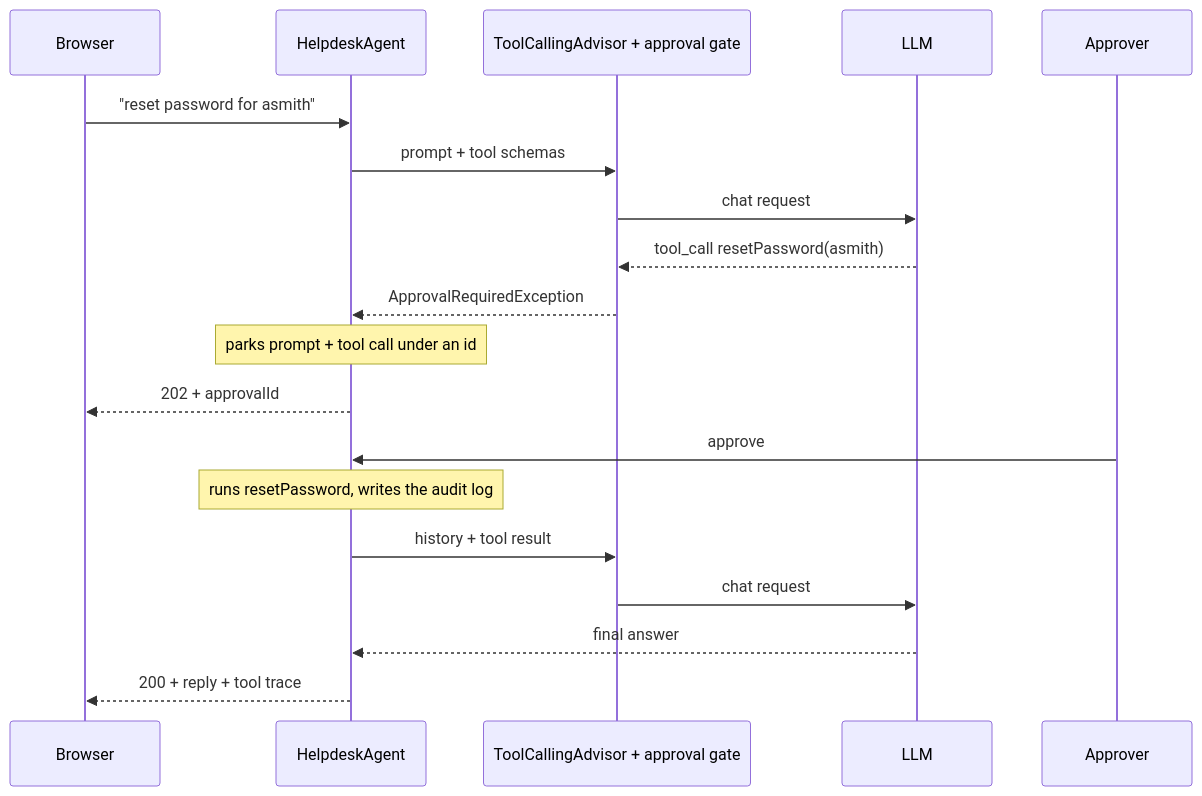
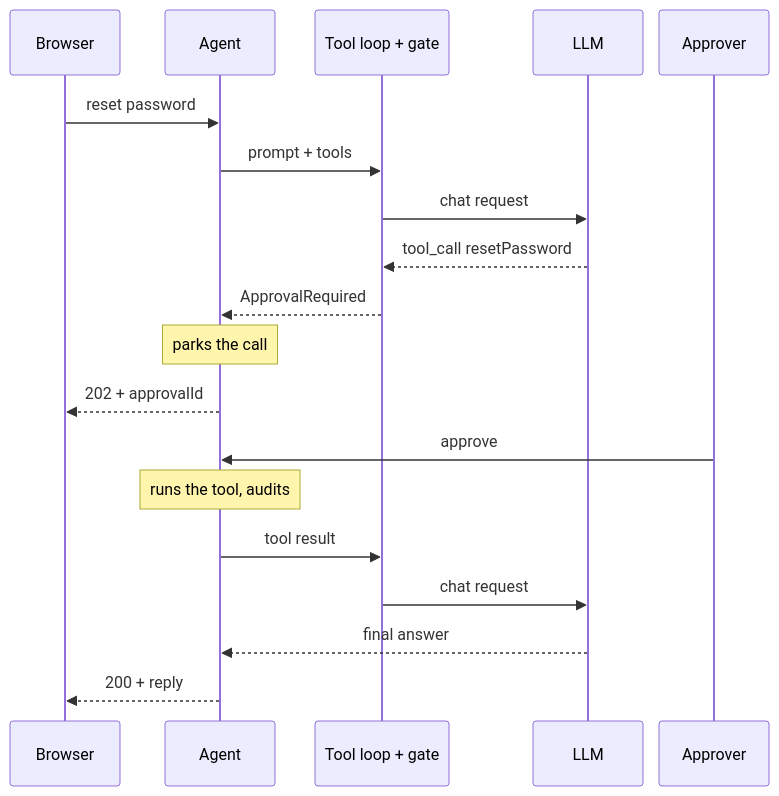
One commit to VimalKmr250/ai-concepts-demo changed the fourth of 12 diagrams in docs/CONCEPTS.md. Above: the diagram before and after it, drawn with Mermaid. The commit also changed other lines of this file and 1 other file, not shown here.

First line of the commit message:
Make Mermaid diagrams readable on GitHub

````diff
--- a/docs/CONCEPTS.md
+++ b/docs/CONCEPTS.md
@@ -216,21 +217,22 @@
 ```mermaid
+%%{init: {"sequence": {"actorMargin": 16, "width": 110, "messageFontSize": 13, "noteFontSize": 12}}}%%
 sequenceDiagram
-    participant UI as Browser
-    participant A as HelpdeskAgent
-    participant G as ToolCallingAdvisor + approval gate
-    participant L as LLM
-    participant H as Approver
-    UI->>A: "reset password for asmith"
-    A->>G: prompt + tool schemas
-    G->>L: chat request
-    L-->>G: tool_call resetPassword(asmith)
-    G-->>A: ApprovalRequiredException
-    Note over A: parks prompt + tool call under an id
-    A-->>UI: 202 + approvalId
-    H->>A: approve
-    Note over A: runs resetPassword, writes the audit log
-    A->>G: history + tool result
-    G->>L: chat request
-    L-->>A: final answer
-    A-->>UI: 200 + reply + tool trace
+  participant UI as Browser
+  participant A as Agent
+  participant G as Tool loop + gate
+  participant L as LLM
+  participant H as Approver
+  UI->>A: reset password
+  A->>G: prompt + tools
+  G->>L: chat request
+  L-->>G: tool_call resetPassword
+  G-->>A: ApprovalRequired
+  Note over A: parks the call
+  A-->>UI: 202 + approvalId
+  H->>A: approve
+  Note over A: runs the tool, audits
+  A->>G: tool result
+  G->>L: chat request
+  L-->>A: final answer
+  A-->>UI: 200 + reply
 ```
````
